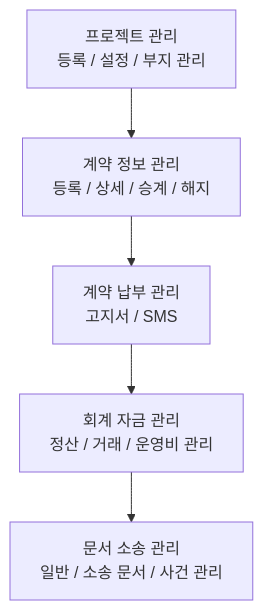
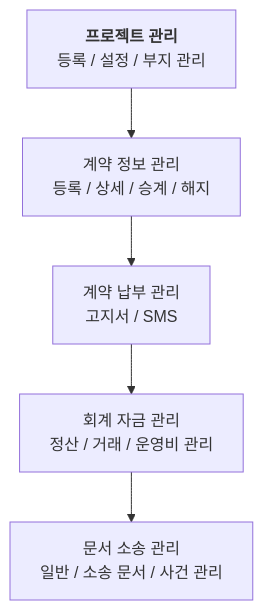
One commit to nc2U/ibs changed the diagram in app/vue/docs/intro/getting-started.md. Above: the diagram before and after it, drawn with Mermaid.

````diff
--- a/app/vue/docs/intro/getting-started.md
+++ b/app/vue/docs/intro/getting-started.md
@@ -21,9 +21,9 @@
 ```mermaid
 graph TD
-A[프로젝트 관리<br/>   등록 / 설정 / 부지 관리   ]
+A[<strong>프로젝트 관리</strong><br/>   등록 / 설정 / 부지 관리   ]
 B[계약 정보 관리<br/> 등록 / 상세 / 승계 / 해지 ]
 C[계약 납부 관리<br/>      고지서 / SMS      ]
 D[회계 자금 관리<br/> 정산 / 거래 / 운영비 관리 ]
 E[문서 소송 관리<br/>일반 / 소송 문서 / 사건 관리]
 A --> B --> C --> D --> E
 ```
````
